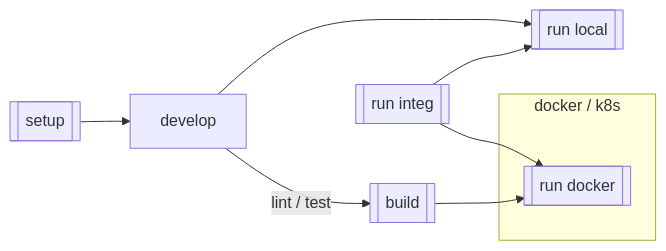
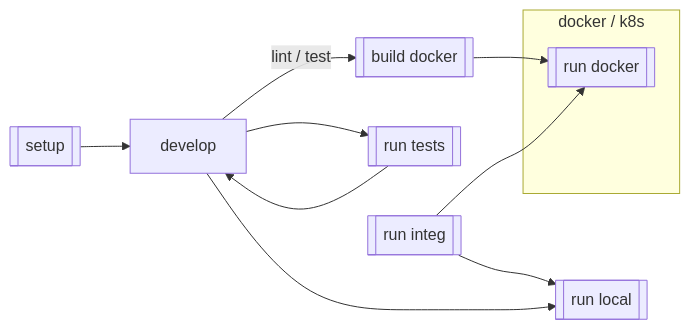
The diagram in CONTRIBUTING.md (DataBiosphere/terra-java-project-template), drawn with Mermaid before and after one commit. The commit also changed 8 other files, not shown here.

````diff
--- a/CONTRIBUTING.md
+++ b/CONTRIBUTING.md
@@ -37,18 +37,25 @@
 ```mermaid
 flowchart LR
   e[[setup]]
   v[develop]
   e --> v
-  rc[[run local]]
-  v --> rc
-  b[[build]]
+
+  b[["build docker"]]
+
+  rt[[run tests]]
+  v --> rt
+  rt --> v
 
   subgraph docker / k8s
     rd[[run docker]]
   end
   b --> rd
   v -- lint / test --> b
+
   ri[[run integ]]
   ri --> rc
   ri --> rd
+
+  rc[[run local]]
+  v --> rc
 ```
````
